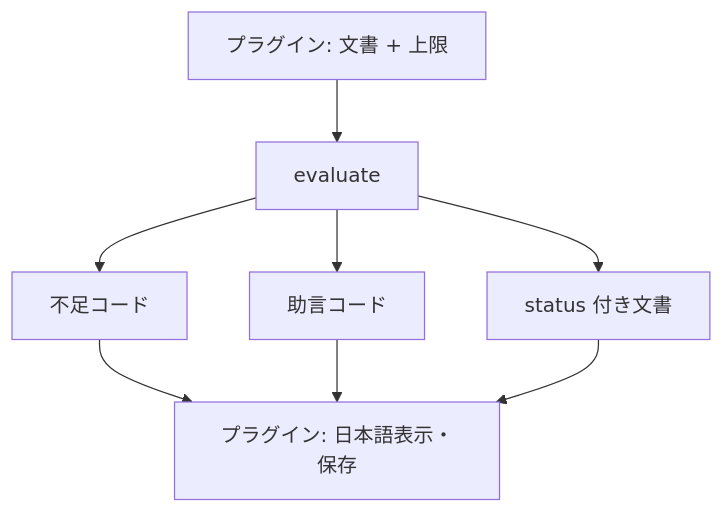
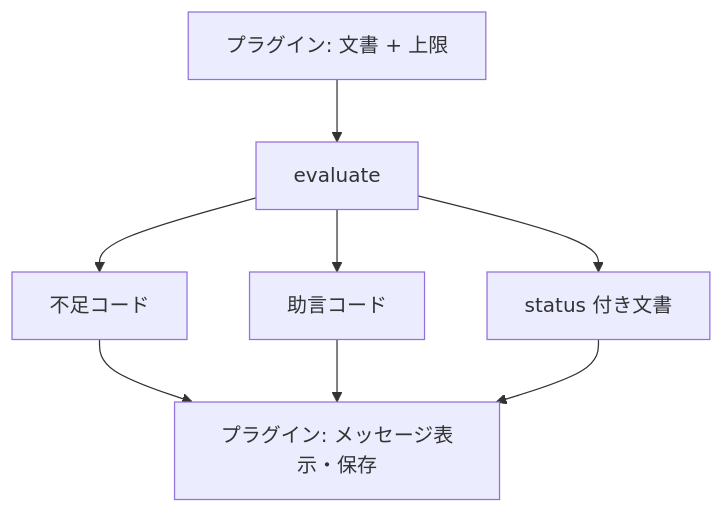
One commit to stein2nd/s2j-webinar-survey-service changed the first of 2 diagrams in docs/concept.md. Above: the diagram before and after it, drawn with Mermaid. The commit also changed 7 other files, not shown here.

````diff
--- a/docs/concept.md
+++ b/docs/concept.md
@@ -35,10 +35,10 @@
 ```mermaid
 flowchart TD
   A["プラグイン: 文書 + 上限"] --> B["evaluate"]
   B --> C["不足コード"]
   B --> D["助言コード"]
   B --> E["status 付き文書"]
-  C --> F["プラグイン: 日本語表示・保存"]
+  C --> F["プラグイン: メッセージ表示・保存"]
   D --> F
   E --> F
 ```
````
